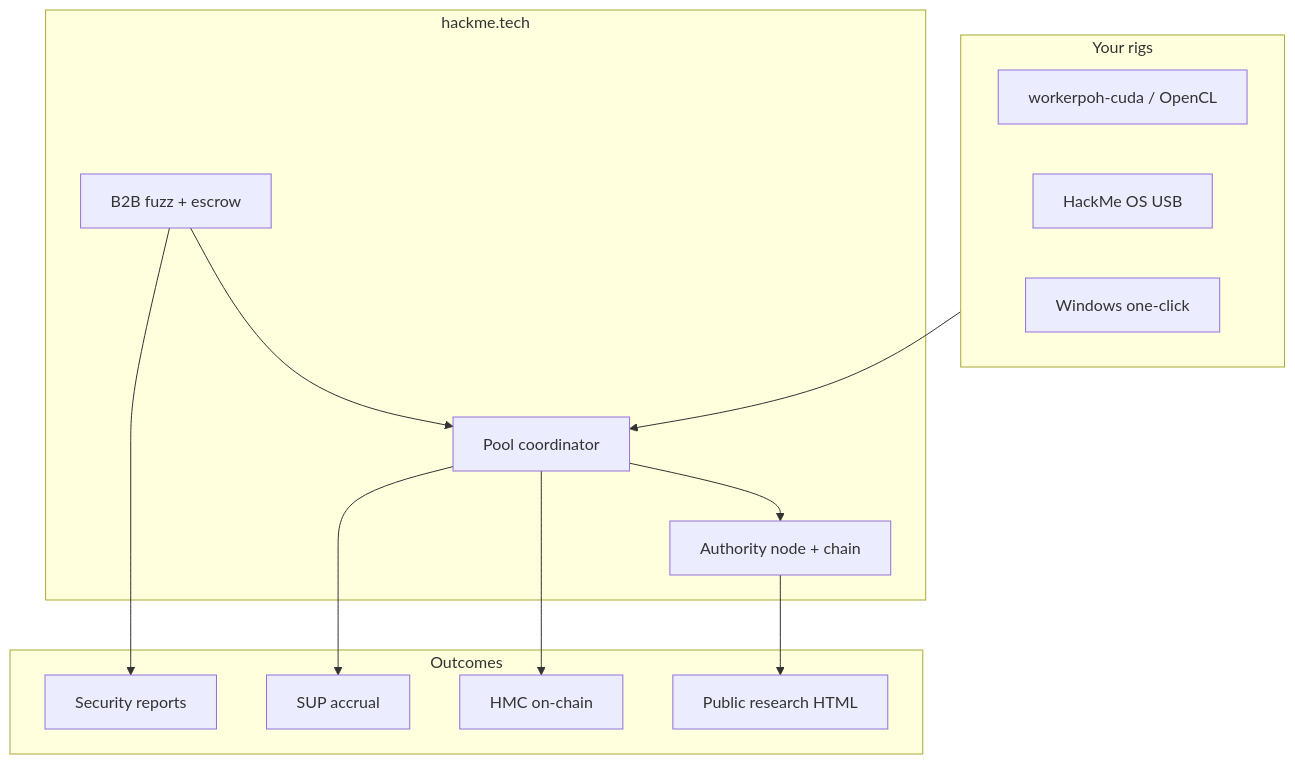
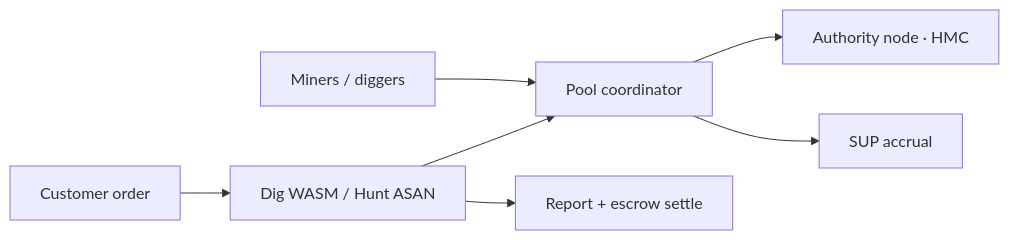
The diagram in README.md (FounderB/hackme), drawn with Mermaid before and after one commit. The commit also changed other lines of this file and 1 other file, not shown here.

First line of the commit message:
Refresh README for rc17 LIVE with honest Dig/Hunt and Exchange scope.

````diff
--- a/README.md
+++ b/README.md
@@ -55,26 +49,9 @@
 ```mermaid
-flowchart TB
-  subgraph rigs["Your rigs"]
-    GPU["workerpoh-cuda / OpenCL"]
-    ISO["HackMe OS USB"]
-    WIN["Windows one-click"]
-  end
-  subgraph hub["hackme.tech"]
-    COORD["Pool coordinator"]
-    NODE["Authority node + chain"]
-    FUZZ["B2B fuzz + escrow"]
-  end
-  subgraph value["Outcomes"]
-    HMC["HMC on-chain"]
-    SUP["SUP accrual"]
-    RPT["Security reports"]
-    LEDGER["Public research HTML"]
-  end
-  rigs --> COORD
-  COORD --> NODE
-  FUZZ --> COORD
-  COORD --> HMC
-  COORD --> SUP
-  FUZZ --> RPT
-  NODE --> LEDGER
+flowchart LR
+  Rigs["Miners / diggers"] --> Coord["Pool coordinator"]
+  Coord --> Chain["Authority node · HMC"]
+  Customer["Customer order"] --> DigHunt["Dig WASM / Hunt ASAN"]
+  DigHunt --> Coord
+  DigHunt --> Report["Report + escrow settle"]
+  Coord --> SUP["SUP accrual"]
 ```
````
